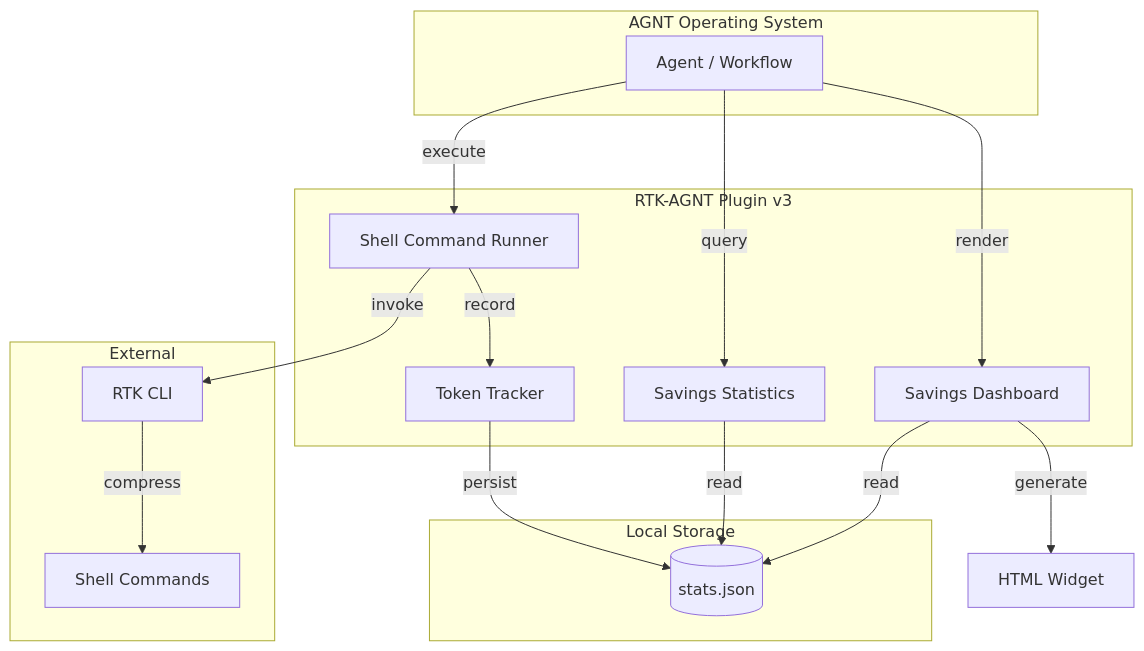
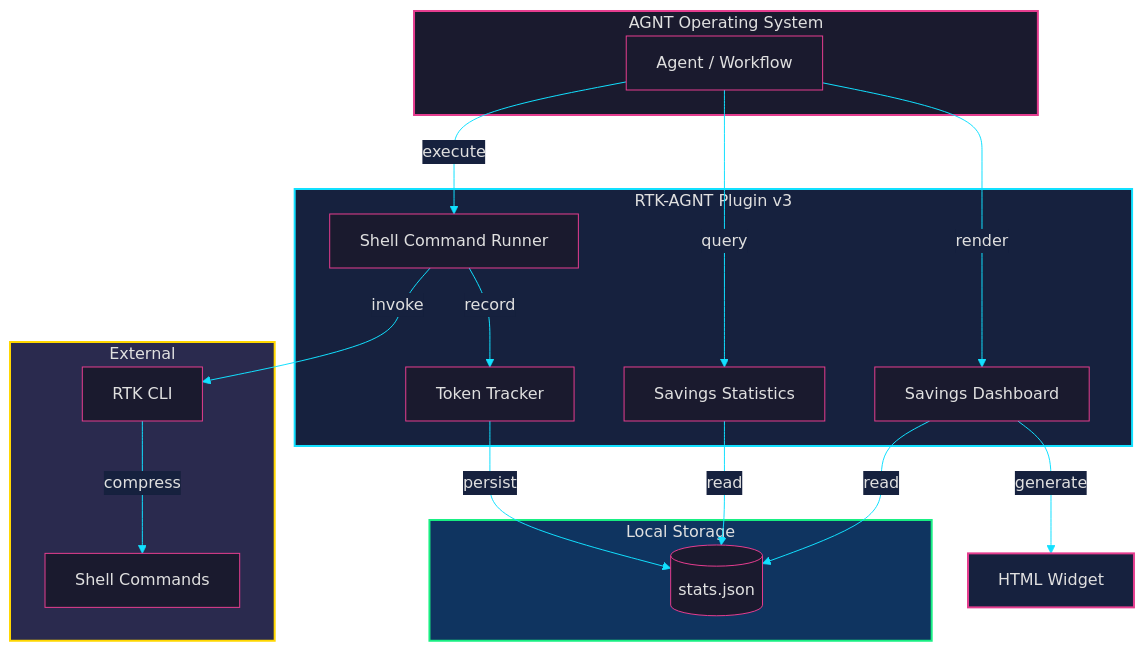
Before and after one commit to unRekable/rtk-agnt-integration: the first of 2 diagrams in README.md, drawn with Mermaid. The commit also changed other lines of this file, not shown here.

Commit message:
fix: dark mermaid theme + correct trigger docs

````diff
--- a/README.md
+++ b/README.md
@@ -13,33 +13,40 @@
 ```mermaid
+%%{init: {'theme': 'base', 'themeVariables': { 'primaryColor': '#1a1a2e', 'primaryTextColor': '#e0e0e0', 'primaryBorderColor': '#e53d8f', 'lineColor': '#12e0ff', 'secondaryColor': '#16213e', 'tertiaryColor': '#0f3460', 'background': '#1a1a2e'}}}%%
 graph TD
     subgraph AGNT["AGNT Operating System"]
         A[Agent / Workflow]
     end
 
     subgraph Plugin["RTK-AGNT Plugin v3"]
         B[Shell Command Runner]
         C[Savings Statistics]
         D[Savings Dashboard]
         F[Token Tracker]
     end
 
     subgraph Persistence["Local Storage"]
         G[(stats.json)]
     end
 
     subgraph External["External"]
         E[RTK CLI]
         H[Shell Commands]
     end
 
     A -->|execute| B
     A -->|query| C
     A -->|render| D
     B -->|invoke| E
     E -->|compress| H
     B -->|record| F
     F -->|persist| G
     C -->|read| G
     D -->|read| G
     D -->|generate| I[HTML Widget]
+
+    style AGNT fill:#1a1a2e,stroke:#e53d8f,stroke-width:2px,color:#e0e0e0
+    style Plugin fill:#16213e,stroke:#12e0ff,stroke-width:2px,color:#e0e0e0
+    style Persistence fill:#0f3460,stroke:#19ef83,stroke-width:2px,color:#e0e0e0
+    style External fill:#2a2a4e,stroke:#ffd700,stroke-width:2px,color:#e0e0e0
+    style I fill:#16213e,stroke:#e53d8f,stroke-width:2px,color:#e0e0e0
 ```
````
